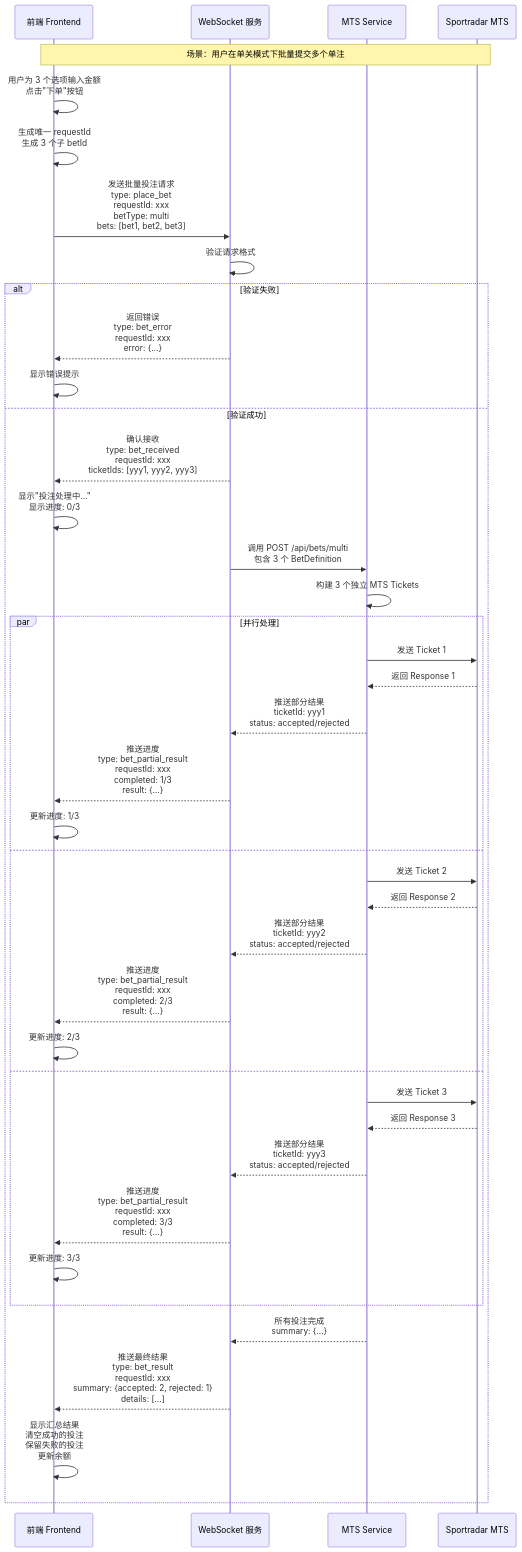
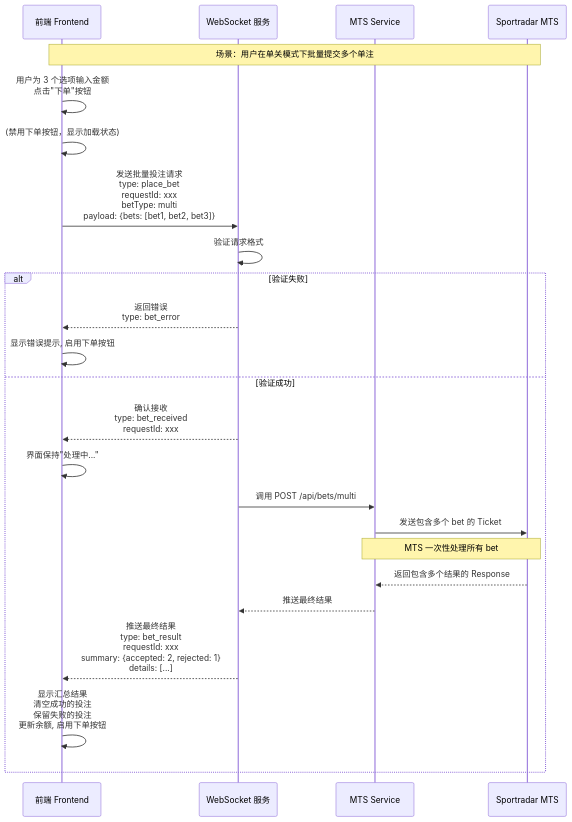
One commit to gdszyy/mts-service changed the second of 5 diagrams in docs/product/WebSocket_Protocol.zh.md. Above: the diagram before and after it, drawn with Mermaid. The commit also changed other lines of this file and 2 other files, not shown here.

````diff
--- a/docs/product/WebSocket_Protocol.zh.md
+++ b/docs/product/WebSocket_Protocol.zh.md
@@ -134,49 +150,33 @@
 ```mermaid
 sequenceDiagram
     participant F as 前端 Frontend
     participant W as WebSocket 服务
     participant M as MTS Service
     participant S as Sportradar MTS
-    
+
     Note over F,S: 场景：用户在单关模式下批量提交多个单注
-    
+
     F->>F: 用户为 3 个选项输入金额<br/>点击"下单"按钮
-    F->>F: 生成唯一 requestId<br/>生成 3 个子 betId
-    F->>W: 发送批量投注请求<br/>type: place_bet<br/>requestId: xxx<br/>betType: multi<br/>bets: [bet1, bet2, bet3]
-    
+    F->>F: (禁用下单按钮，显示加载状态)
+    F->>W: 发送批量投注请求<br/>type: place_bet<br/>requestId: xxx<br/>betType: multi<br/>payload: {bets: [bet1, bet2, bet3]}
+
     W->>W: 验证请求格式
     alt 验证失败
-        W-->>F: 返回错误<br/>type: bet_error<br/>requestId: xxx<br/>error: {...}
-        F->>F: 显示错误提示
+        W-->>F: 返回错误<br/>type: bet_error
+        F->>F: 显示错误提示, 启用下单按钮
     else 验证成功
-        W-->>F: 确认接收<br/>type: bet_received<br/>requestId: xxx<br/>ticketIds: [yyy1, yyy2, yyy3]
-        F->>F: 显示"投注处理中..."<br/>显示进度: 0/3
-        
-        W->>M: 调用 POST /api/bets/multi<br/>包含 3 个 BetDefinition
-        M->>M: 构建 3 个独立 MTS Tickets
-        
-        par 并行处理
-            M->>S: 发送 Ticket 1
-            S-->>M: 返回 Response 1
-            M-->>W: 推送部分结果<br/>ticketId: yyy1<br/>status: accepted/rejected
-            W-->>F: 推送进度<br/>type: bet_partial_result<br/>requestId: xxx<br/>completed: 1/3<br/>result: {...}
-            F->>F: 更新进度: 1/3
-        and
-            M->>S: 发送 Ticket 2
-            S-->>M: 返回 Response 2
-            M-->>W: 推送部分结果<br/>ticketId: yyy2<br/>status: accepted/rejected
-            W-->>F: 推送进度<br/>type: bet_partial_result<br/>requestId: xxx<br/>completed: 2/3<br/>result: {...}
-            F->>F: 更新进度: 2/3
-        and
-            M->>S: 发送 Ticket 3
-            S-->>M: 返回 Response 3
-            M-->>W: 推送部分结果<br/>ticketId: yyy3<br/>status: accepted/rejected
-            W-->>F: 推送进度<br/>type: bet_partial_result<br/>requestId: xxx<br/>completed: 3/3<br/>result: {...}
-            F->>F: 更新进度: 3/3
-        end
-        
-        M-->>W: 所有投注完成<br/>summary: {...}
+        W-->>F: 确认接收<br/>type: bet_received<br/>requestId: xxx
+        F->>F: 界面保持"处理中..."
+
+        W->>M: 调用 POST /api/bets/multi
+        M->>S: 发送包含多个 bet 的 Ticket
+
+        Note over M,S: MTS 一次性处理所有 bet
+
+        S-->>M: 返回包含多个结果的 Response
+        M-->>W: 推送最终结果
+
         W-->>F: 推送最终结果<br/>type: bet_result<br/>requestId: xxx<br/>summary: {accepted: 2, rejected: 1}<br/>details: [...]
-        F->>F: 显示汇总结果<br/>清空成功的投注<br/>保留失败的投注<br/>更新余额
+        F->>F: 显示汇总结果<br/>清空成功的投注<br/>保留失败的投注<br/>更新余额, 启用下单按钮
     end
 ```
````
